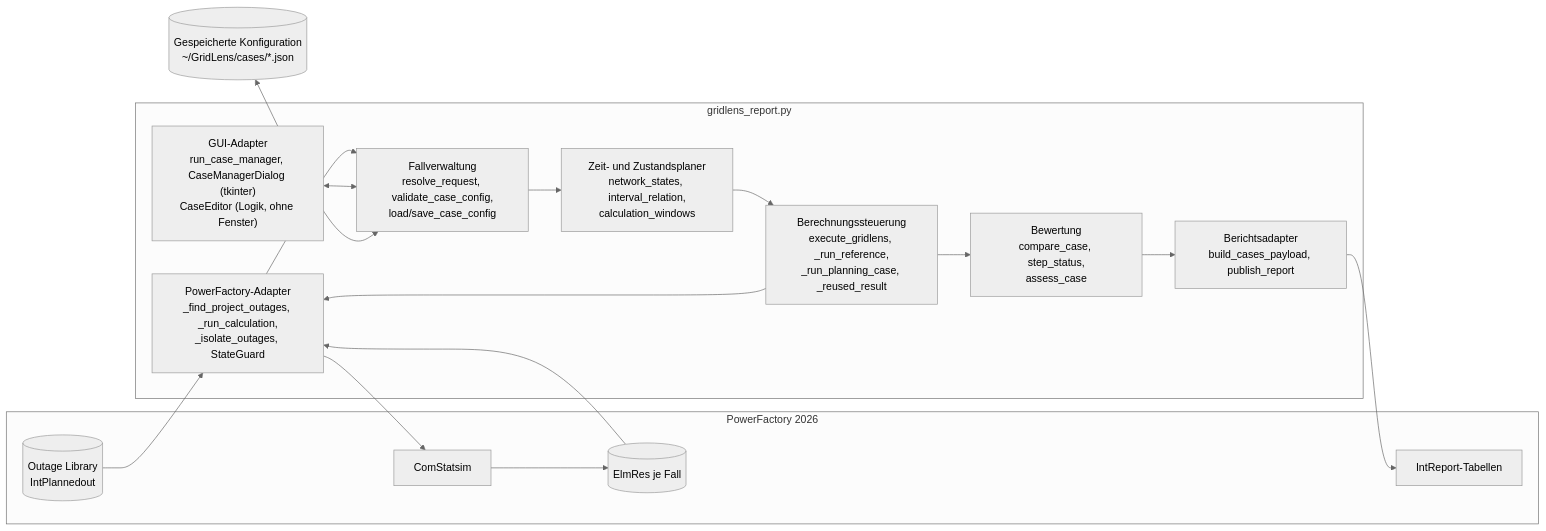
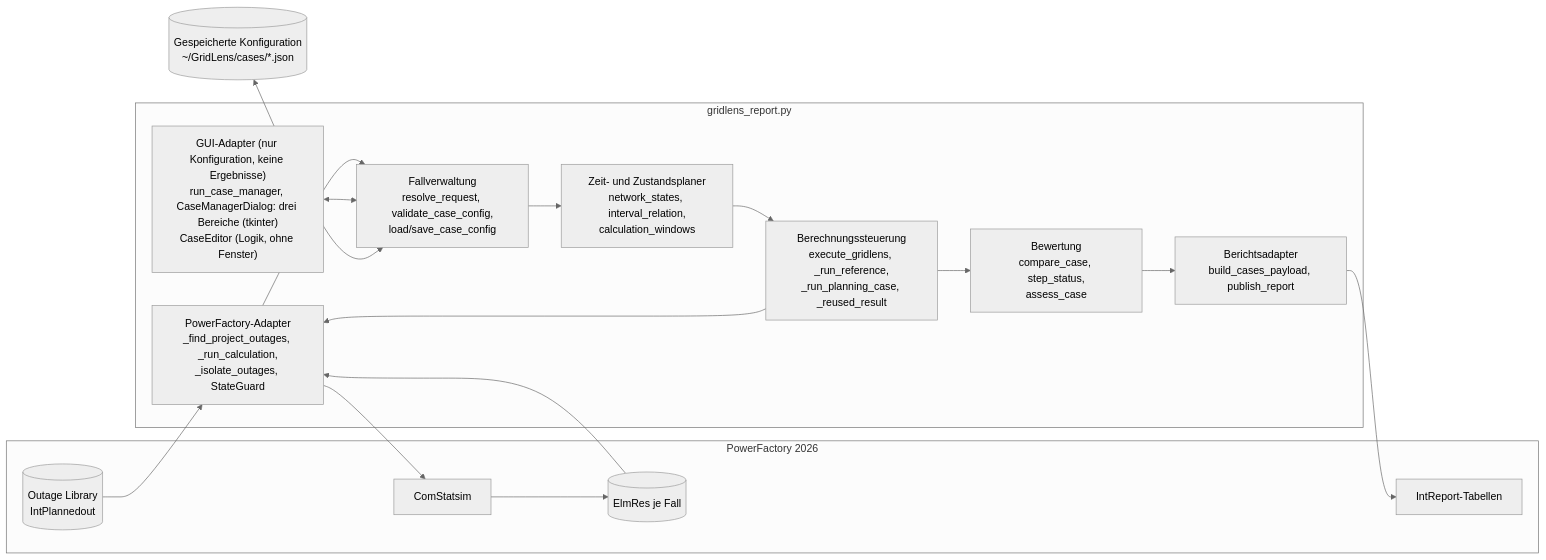
The first of 8 diagrams in docs/de/ARCHITEKTUR.md (hadiibrahim-Engin/GridLensAssessment), drawn with Mermaid (neutral theme) before and after one commit. The commit also changed other lines of this file and 12 other files, not shown here.

First line of the commit message:
Add script to synchronize case manager copy for GUI testing

````diff
--- a/docs/de/ARCHITEKTUR.md
+++ b/docs/de/ARCHITEKTUR.md
@@ -120,26 +120,26 @@
 ```mermaid
 flowchart LR
     subgraph PF["PowerFactory 2026"]
         OL[("Outage Library<br/>IntPlannedout")]
         QDS["ComStatsim"]
         RES[("ElmRes je Fall")]
         REP["IntReport-Tabellen"]
     end
     subgraph GL["gridlens_report.py"]
         AD["PowerFactory-Adapter<br/>_find_project_outages, _run_calculation,<br/>_isolate_outages, StateGuard"]
         CM["Fallverwaltung<br/>resolve_request, validate_case_config,<br/>load/save_case_config"]
-        GUI["GUI-Adapter<br/>run_case_manager, CaseManagerDialog (tkinter)<br/>CaseEditor (Logik, ohne Fenster)"]
+        GUI["GUI-Adapter (nur Konfiguration, keine Ergebnisse)<br/>run_case_manager, CaseManagerDialog: drei Bereiche (tkinter)<br/>CaseEditor (Logik, ohne Fenster)"]
         TP["Zeit- und Zustandsplaner<br/>network_states, interval_relation,<br/>calculation_windows"]
         OR["Berechnungssteuerung<br/>execute_gridlens, _run_reference,<br/>_run_planning_case, _reused_result"]
         AE["Bewertung<br/>compare_case, step_status,<br/>assess_case"]
         RA["Berichtsadapter<br/>build_cases_payload, publish_report"]
     end
     CFG[("Gespeicherte Konfiguration<br/>~/GridLens/cases/*.json")]
     OL --> AD --> CM
     GUI <--> CM
     CFG <--> CM
     CM --> TP --> OR
     OR --> AD
     AD --> QDS --> RES --> AD
     OR --> AE --> RA --> REP
 ```
````
